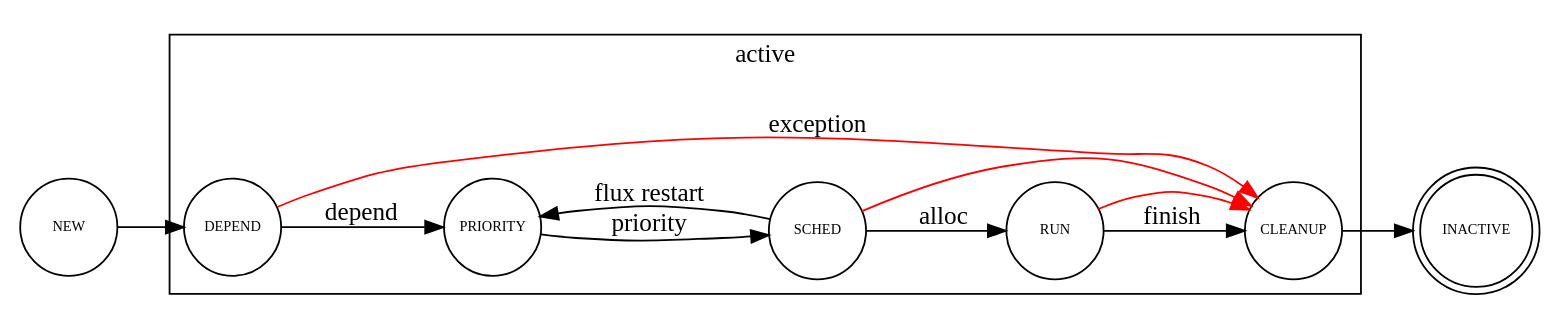
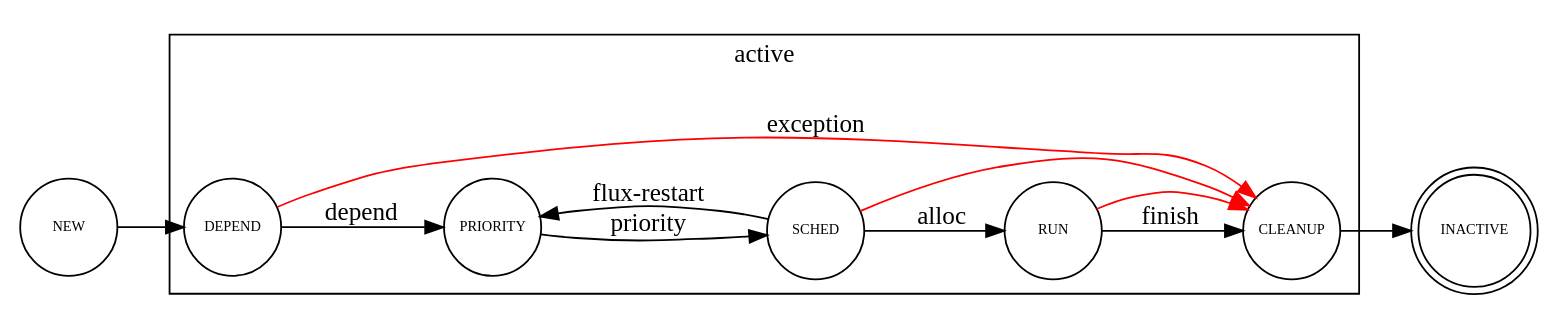
The diagram in data/spec_21/states.dot (flux-framework/rfc), drawn with Graphviz before and after one commit. The commit also changed 1 other file, not shown here.

Commit message:
rfc21/diagram: add hyphen to flux-restart event
Rename the event that transitions from SCHED -> PRIORITY
from "flux restart" to "flux-restart".  It will be an actual
event now, not a vague reference to current events.

```diff
--- a/data/spec_21/states.dot
+++ b/data/spec_21/states.dot
@@ -1,33 +1,33 @@
 digraph states {
     rankdir=LR
 
 #size="8,5"
 
     node [shape=doublecircle fontsize=8 fixsize=shape width=0.75]; INACTIVE
 
     node [shape=circle fontsize=8 fixedsize=shape width=0.75];
 
     subgraph cluster_main {
         label = "active";
         DEPEND;
         PRIORITY;
         SCHED;
         RUN;
         CLEANUP;
     }
 
     NEW -> DEPEND;
     DEPEND -> PRIORITY [label="depend"];
     PRIORITY -> SCHED [label="priority"];
     SCHED -> RUN [label="alloc"];
     RUN -> CLEANUP [label="finish"];
     CLEANUP -> INACTIVE;
 
-    SCHED -> PRIORITY [label="flux restart"]
+    SCHED -> PRIORITY [label="flux-restart"]
 
     edge [weight=0 color="red"];
 
     DEPEND -> CLEANUP [label="exception"];
     SCHED -> CLEANUP;
     RUN -> CLEANUP;
 }
```
